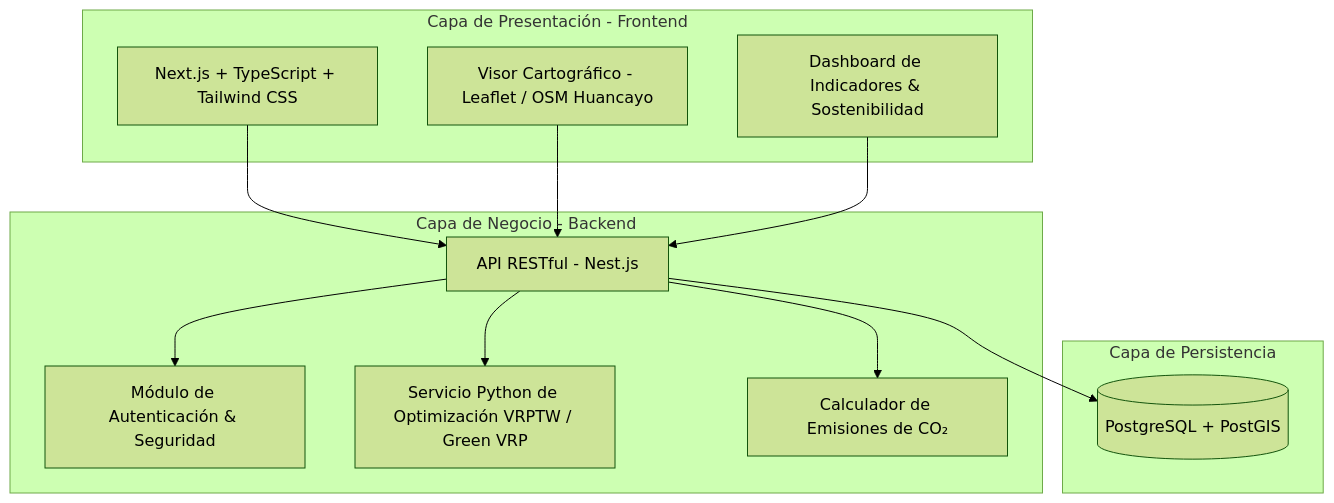
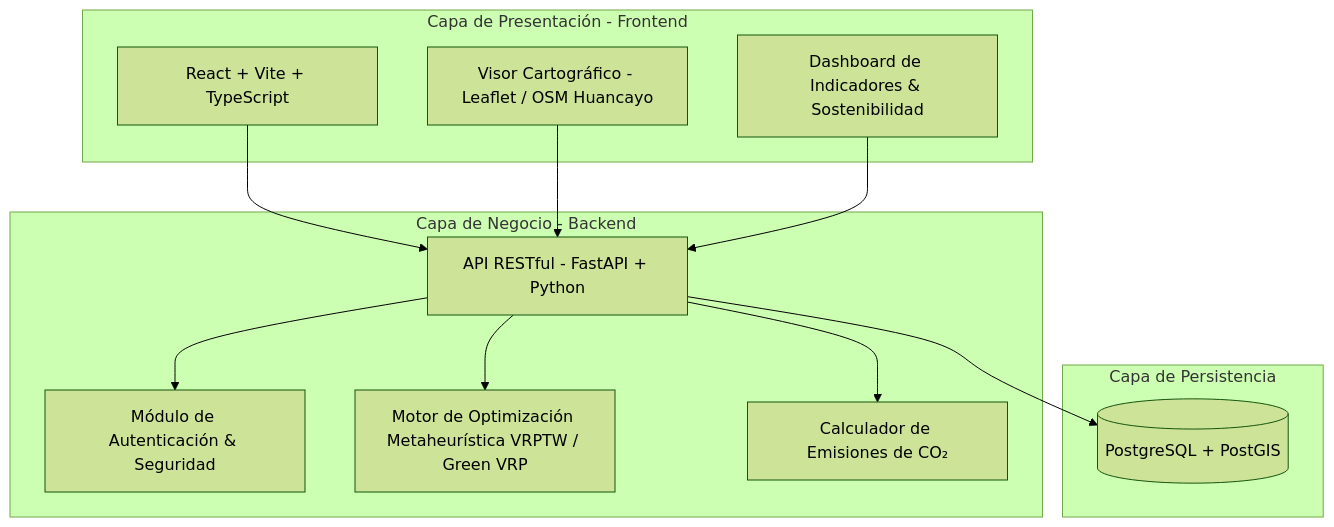
The first of 2 diagrams in README.md (alexito-dev/EcoLogistica), drawn with Mermaid (forest theme) before and after one commit. The commit also changed other lines of this file and 5 other files, not shown here.

````diff
--- a/README.md
+++ b/README.md
@@ -87,27 +88,27 @@
 ```mermaid
 graph TD
     subgraph Cliente [Capa de Presentación - Frontend]
-        UI[Next.js + TypeScript + Tailwind CSS]
+        UI[React + Vite + TypeScript]
         Map[Visor Cartográfico - Leaflet / OSM Huancayo]
         Dash[Dashboard de Indicadores & Sostenibilidad]
     end
 
     subgraph Servidor [Capa de Negocio - Backend]
-        API[API RESTful - Nest.js]
+        API[API RESTful - FastAPI + Python]
         Auth[Módulo de Autenticación & Seguridad]
-        Engine[Servicio Python de Optimización VRPTW / Green VRP]
+        Engine[Motor de Optimización Metaheurística VRPTW / Green VRP]
         CO2[Calculador de Emisiones de CO₂]
     end
 
     subgraph Datos [Capa de Persistencia]
         DB[(PostgreSQL + PostGIS)]
     end
 
     UI --> API
     Map --> API
     Dash --> API
     API --> Auth
     API --> Engine
     API --> CO2
     API --> DB
 ```
````
